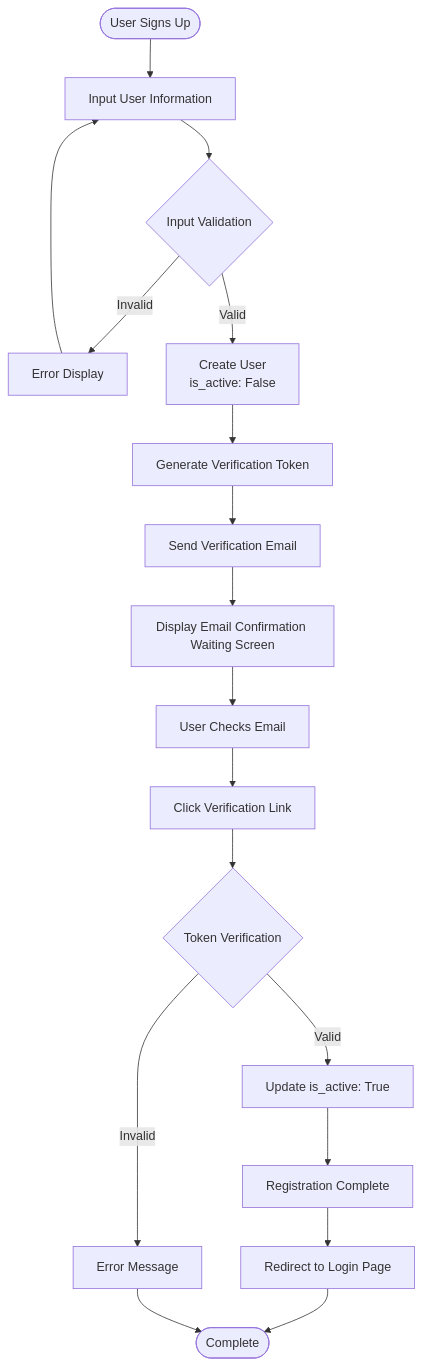
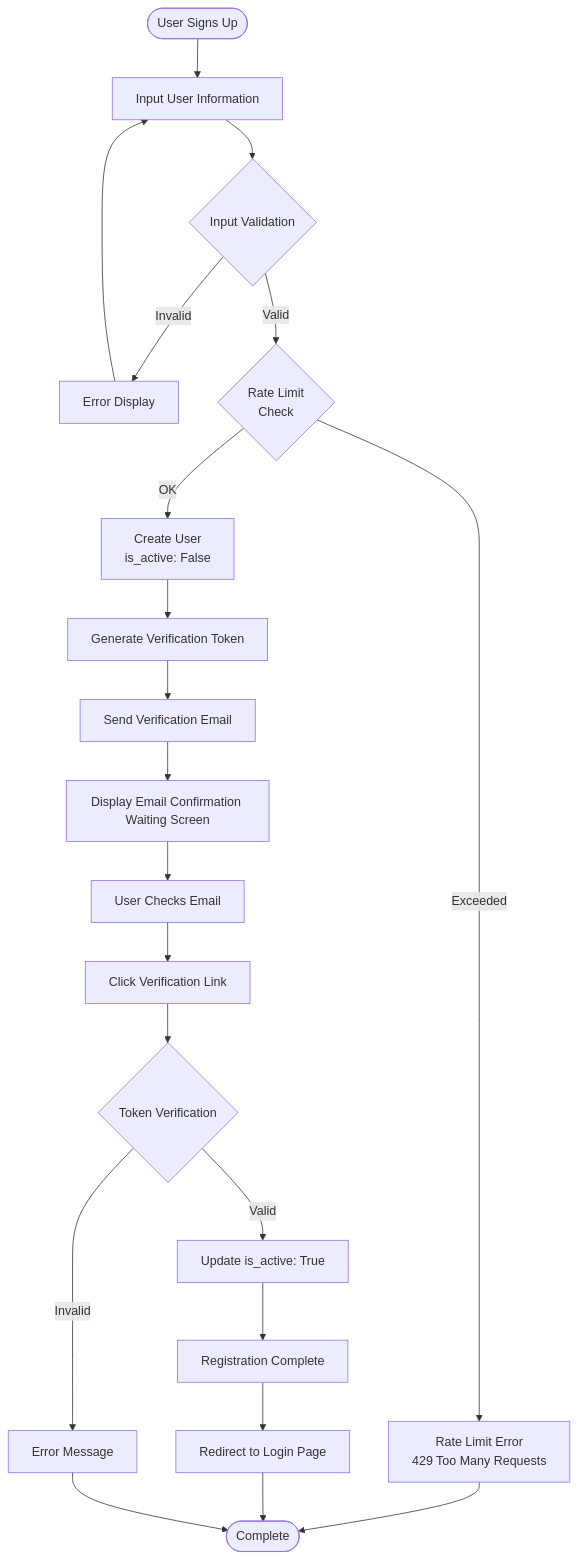
The third of 5 diagrams in docs/requirements/activity-diagram.md (yukiharada1228/videoq), drawn with Mermaid before and after one commit. The commit also changed other lines of this file and 7 other files, not shown here.

Commit message:
docs: update diagrams and README for rate limits, CACHE_URL, and popular scenes

````diff
--- a/docs/requirements/activity-diagram.md
+++ b/docs/requirements/activity-diagram.md
@@ -73,22 +76,25 @@
 ```mermaid
 flowchart TD
     Start([User Signs Up]) --> Input[Input User Information]
     Input --> Validate{Input Validation}
     Validate -->|Invalid| ShowError[Error Display]
-    Validate -->|Valid| CreateUser[Create User<br/>is_active: False]
+    Validate -->|Valid| RateLimitSignup{"Rate Limit<br>Check"}
+    RateLimitSignup -->|Exceeded| ErrorRateLimitSignup[Rate Limit Error<br/>429 Too Many Requests]
+    ErrorRateLimitSignup --> End
+    RateLimitSignup -->|OK| CreateUser[Create User<br/>is_active: False]
     CreateUser --> GenerateToken[Generate Verification Token]
     GenerateToken --> SendEmail[Send Verification Email]
     SendEmail --> ShowMessage[Display Email Confirmation Waiting Screen]
     ShowMessage --> Wait[User Checks Email]
     
     Wait --> ClickLink[Click Verification Link]
     ClickLink --> VerifyToken{Token Verification}
     VerifyToken -->|Invalid| Error1[Error Message]
     VerifyToken -->|Valid| ActivateUser[Update is_active: True]
     ActivateUser --> Success[Registration Complete]
     Success --> Redirect[Redirect to Login Page]
     Redirect --> End([Complete])
     
     ShowError --> Input
     Error1 --> End
 ```
````
